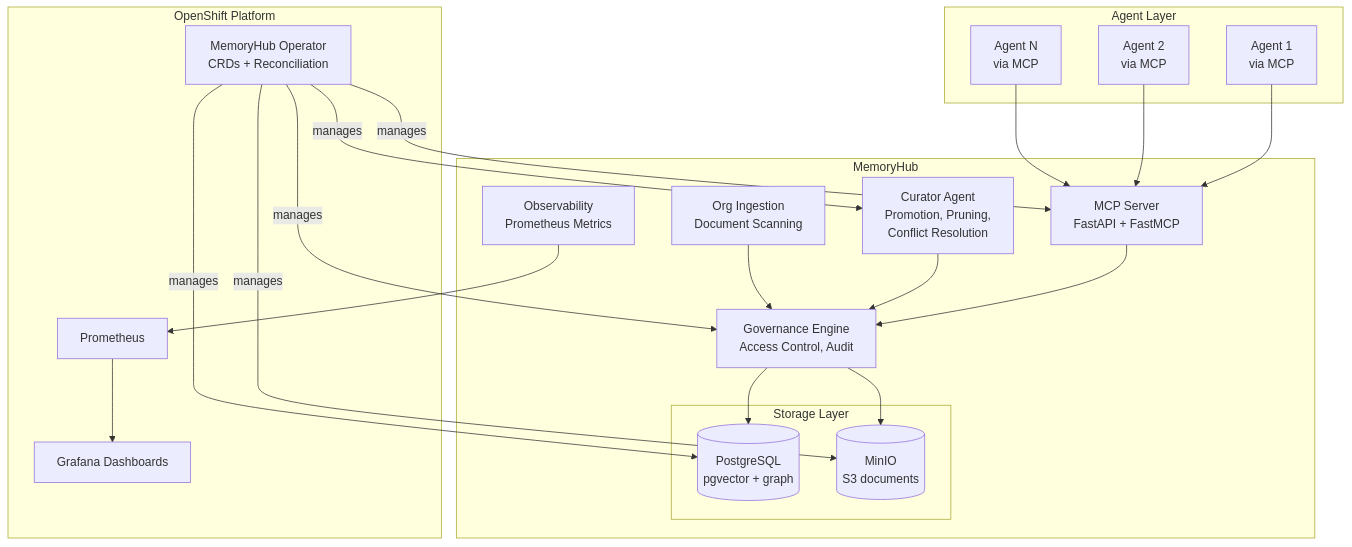
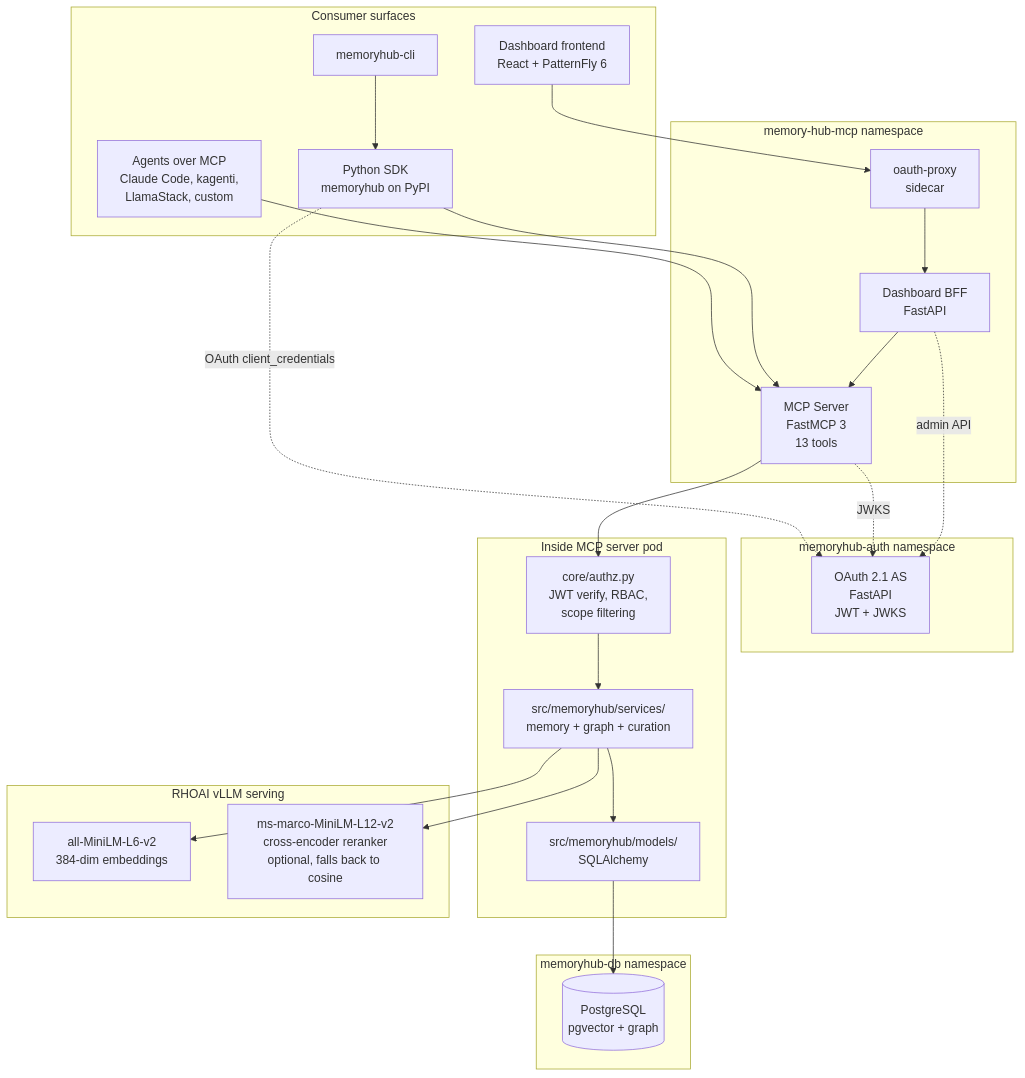
The first of 4 diagrams in docs/ARCHITECTURE.md (redhat-ai-americas/memory-hub), drawn with Mermaid before and after one commit. The commit also changed other lines of this file and 5 other files, not shown here.

````diff
--- a/docs/ARCHITECTURE.md
+++ b/docs/ARCHITECTURE.md
@@ -9,36 +9,51 @@
 ```mermaid
 graph TB
-    subgraph "Agent Layer"
-        A1[Agent 1<br/>via MCP]
-        A2[Agent 2<br/>via MCP]
-        A3[Agent N<br/>via MCP]
+    subgraph "Consumer surfaces"
+        AGENT[Agents over MCP<br/>Claude Code, kagenti,<br/>LlamaStack, custom]
+        SDK[Python SDK<br/>memoryhub on PyPI]
+        CLI[memoryhub-cli]
+        UI_FE[Dashboard frontend<br/>React + PatternFly 6]
     end
 
-    subgraph "MemoryHub"
-        MCP[MCP Server<br/>FastAPI + FastMCP]
-        GOV[Governance Engine<br/>Access Control, Audit]
-        CUR[Curator Agent<br/>Promotion, Pruning,<br/>Conflict Resolution]
-        ING[Org Ingestion<br/>Document Scanning]
-
-        subgraph "Storage Layer"
-            PG[(PostgreSQL<br/>pgvector + graph)]
-            MINIO[(MinIO<br/>S3 documents)]
-        end
-
-        OBS[Observability<br/>Prometheus Metrics]
+    subgraph "memory-hub-mcp namespace"
+        MCP[MCP Server<br/>FastMCP 3<br/>13 tools]
+        UI_BE[Dashboard BFF<br/>FastAPI]
+        OAP[oauth-proxy<br/>sidecar]
     end
 
-    subgraph "OpenShift Platform"
-        OP[MemoryHub Operator<br/>CRDs + Reconciliation]
-        GRAF[Grafana Dashboards]
-        PROM[Prometheus]
+    subgraph "memoryhub-auth namespace"
+        AUTH[OAuth 2.1 AS<br/>FastAPI<br/>JWT + JWKS]
     end
 
-    A1 & A2 & A3 --> MCP
-    MCP --> GOV
-    GOV --> PG & MINIO
-    CUR --> GOV
-    ING --> GOV
-    OBS --> PROM --> GRAF
-    OP -->|manages| MCP & GOV & CUR & PG & MINIO
+    subgraph "Inside MCP server pod"
+        AUTHZ[core/authz.py<br/>JWT verify, RBAC,<br/>scope filtering]
+        SVC[src/memoryhub/services/<br/>memory + graph + curation]
+        MOD[src/memoryhub/models/<br/>SQLAlchemy]
+    end
+
+    subgraph "memoryhub-db namespace"
+        PG[(PostgreSQL<br/>pgvector + graph)]
+    end
+
+    subgraph "RHOAI vLLM serving"
+        EMB[all-MiniLM-L6-v2<br/>384-dim embeddings]
+        RR[ms-marco-MiniLM-L12-v2<br/>cross-encoder reranker<br/>optional, falls back to cosine]
+    end
+
+    AGENT --> MCP
+    SDK --> MCP
+    CLI --> SDK
+    UI_FE --> OAP --> UI_BE --> MCP
+
+    SDK -. OAuth client_credentials .-> AUTH
+    MCP -. JWKS .-> AUTH
+    UI_BE -. admin API .-> AUTH
+
+    MCP --> AUTHZ
+    AUTHZ --> SVC
+    SVC --> MOD
+    MOD --> PG
+
+    SVC --> EMB
+    SVC --> RR
 ```
````
